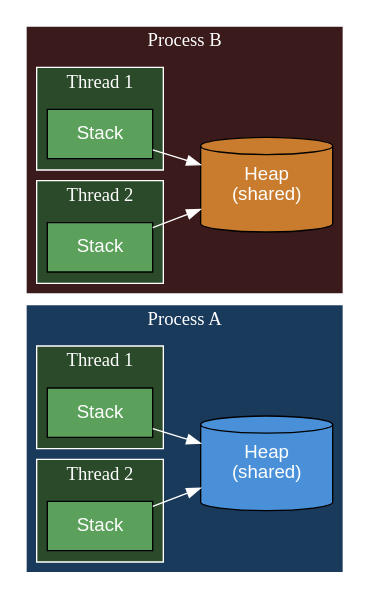
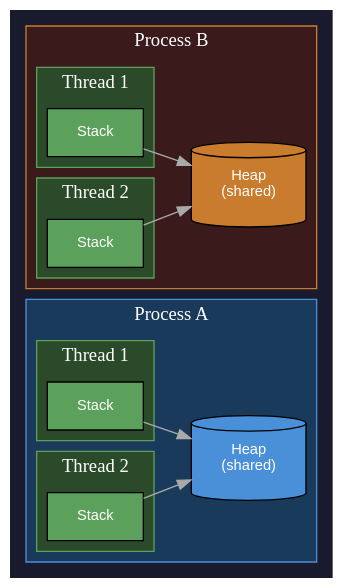
One commit to symentispl/java-concurrency-primer changed the second of 6 diagrams in slides/src/main/slides/index.adoc. Above: the diagram before and after it, drawn with Graphviz. The commit also changed other lines of this file, not shown here.

First line of the commit message:
fix: fix graphviz arrow/label visibility and standardize diagram size across all 6 diagrams

```diff
--- a/slides/src/main/slides/index.adoc
+++ b/slides/src/main/slides/index.adoc
@@ -159,69 +160,70 @@
 [graphviz]
 ----
 digraph mem {
     rankdir=LR
     compound=true
-    node [shape=rect, style=filled, fontname="sans-serif", margin="0.3,0.15"]
-    edge [color=white]
+    graph [bgcolor="#1a1a2e", size="18,9"]
+    node [shape=rect, style=filled, fontname="sans-serif", fontsize=11, margin="0.3,0.15"]
+    edge [color="#aaaaaa", fontname="sans-serif", fontsize=10, fontcolor="#dddddd"]
 
     subgraph cluster_p1 {
         label="Process A"
         style=filled
         fillcolor="#1a3a5c"
         fontcolor=white
-        color=white
+        color="#4a90d9"
 
         H1 [label="Heap\n(shared)", fillcolor="#4a90d9", fontcolor=white, shape=cylinder]
 
         subgraph cluster_t1 {
             label="Thread 1"
             style=filled
             fillcolor="#2a4a2a"
-            color=white
+            color="#5ba05b"
             fontcolor=white
             S1 [label="Stack", fillcolor="#5ba05b", fontcolor=white]
         }
         subgraph cluster_t2 {
             label="Thread 2"
             style=filled
             fillcolor="#2a4a2a"
-            color=white
+            color="#5ba05b"
             fontcolor=white
             S2 [label="Stack", fillcolor="#5ba05b", fontcolor=white]
         }
 
         S1 -> H1
         S2 -> H1
     }
 
     subgraph cluster_p2 {
         label="Process B"
         style=filled
         fillcolor="#3a1a1a"
         fontcolor=white
-        color=white
+        color="#c97c2e"
 
         H2 [label="Heap\n(shared)", fillcolor="#c97c2e", fontcolor=white, shape=cylinder]
 
         subgraph cluster_t3 {
             label="Thread 1"
             style=filled
             fillcolor="#2a4a2a"
-            color=white
+            color="#5ba05b"
             fontcolor=white
             S3 [label="Stack", fillcolor="#5ba05b", fontcolor=white]
         }
         subgraph cluster_t4 {
             label="Thread 2"
             style=filled
             fillcolor="#2a4a2a"
-            color=white
+            color="#5ba05b"
             fontcolor=white
             S4 [label="Stack", fillcolor="#5ba05b", fontcolor=white]
         }
 
         S3 -> H2
         S4 -> H2
     }
 }
 ----
```
